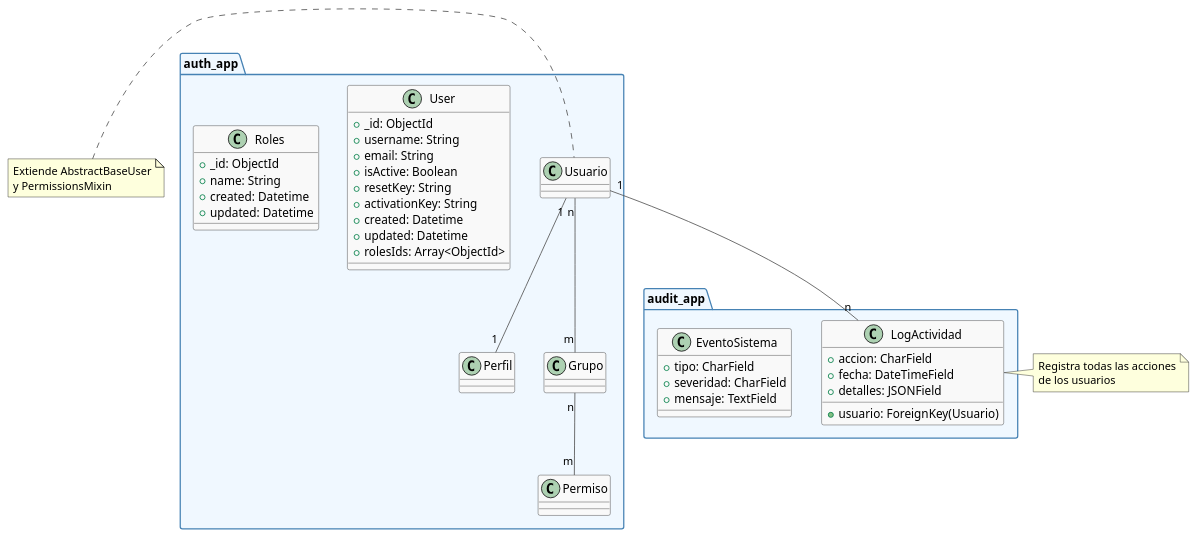
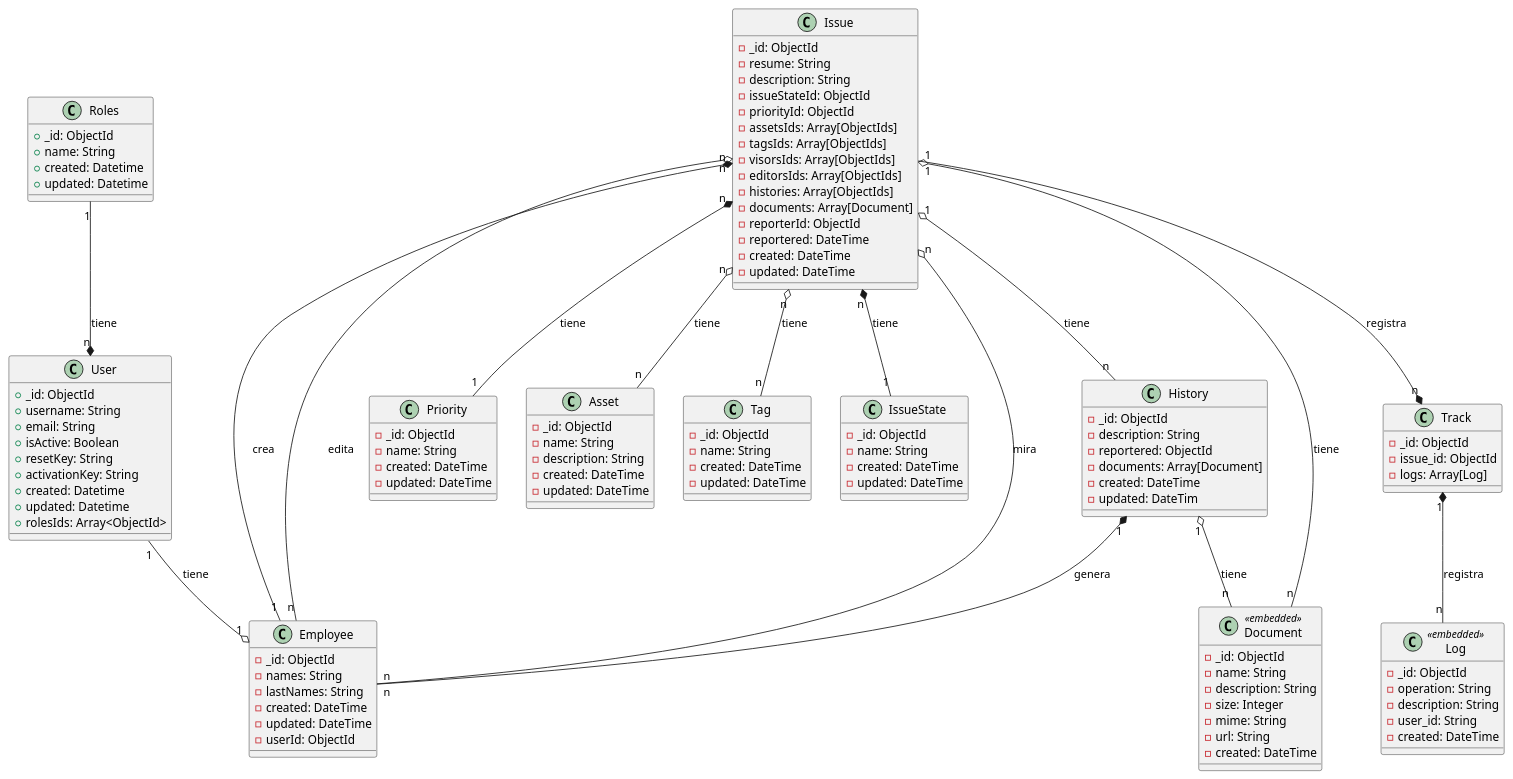
The diagram in docs/class diagram.puml (pepeul1191/django-mongodb-tickets), drawn with PlantUML before and after one commit. The commit also changed 3 other files, not shown here.

```diff
--- a/docs/class diagram.puml
+++ b/docs/class diagram.puml
@@ -1,69 +1,127 @@
-@startuml DiagramaClasesAdministracion
+@startuml
 
-' Configuración
-skinparam package {
-  BackgroundColor #F0F8FF
-  BorderColor #4682B4
-}
-skinparam class {
-  BackgroundColor #F9F9F9
-  BorderColor #333333
-  ArrowColor #555555
+class Employee {
+  - _id: ObjectId
+  - names: String
+  - lastNames: String
+  - created: DateTime
+  - updated: DateTime
+  - userId: ObjectId
 }
 
-' Paquete 1: Autenticación (auth_app)
-package "auth_app" {
-  class User {
-    + _id: ObjectId
-    + username: String
-    + email: String
-    + isActive: Boolean
-    + resetKey: String
-    + activationKey: String
-    + created: Datetime
-    + updated: Datetime
-    + rolesIds: Array<ObjectId>
-  }
-
-  class Roles {
-    + _id: ObjectId
-    + name: String
-    + created: Datetime
-    + updated: Datetime
-  }
+class Priority {
+  - _id: ObjectId
+  - name: String
+  - created: DateTime
+  - updated: DateTime
 }
 
-' Paquete 2: Auditoría (audit_app)
-package "audit_app" {
-    class LogActividad {
-    + usuario: ForeignKey(Usuario)
-    + accion: CharField
-    + fecha: DateTimeField
-    + detalles: JSONField
-    }
-
-    class EventoSistema {
-    + tipo: CharField
-    + severidad: CharField
-    + mensaje: TextField
-    }
+class Asset {
+  - _id: ObjectId
+  - name: String
+  - description: String
+  - created: DateTime
+  - updated: DateTime
 }
 
-' Relaciones entre paquetes
-auth_app.Usuario "1" -- "1" auth_app.Perfil
-auth_app.Usuario "n" -- "m" auth_app.Grupo
-auth_app.Grupo "n" -- "m" auth_app.Permiso
-auth_app.Usuario "1" -- "n" audit_app.LogActividad
+class Tag{
+  - _id: ObjectId
+  - name: String
+  - created: DateTime
+  - updated: DateTime
+}
 
-' Notas
-note left of auth_app.Usuario
-    Extiende AbstractBaseUser
-    y PermissionsMixin
-end note
+class IssueState {
+  - _id: ObjectId
+  - name: String
+  - created: DateTime
+  - updated: DateTime
+}
 
-note right of audit_app.LogActividad
-    Registra todas las acciones
-    de los usuarios
-end note
+class Issue {
+  - _id: ObjectId
+  - resume: String
+  - description: String
+  - issueStateId: ObjectId
+  - priorityId: ObjectId
+  - assetsIds: Array[ObjectIds]
+  - tagsIds: Array[ObjectIds]
+  - visorsIds: Array[ObjectIds]
+  - editorsIds: Array[ObjectIds]
+  - histories: Array[ObjectIds]
+  - documents: Array[Document]
+  - reporterId: ObjectId
+  - reportered: DateTime
+  - created: DateTime
+  - updated: DateTime
+}
+
+class History {
+  - _id: ObjectId
+  - description: String
+  - reportered: ObjectId
+  - documents: Array[Document]
+  - created: DateTime
+  - updated: DateTim
+}
+
+class Document <<embedded>>{
+  - _id: ObjectId
+  - name: String
+  - description: String
+  - size: Integer
+  - mime: String
+  - url: String
+  - created: DateTime
+}
+
+class Track {
+  - _id: ObjectId
+  - issue_id: ObjectId
+  - logs: Array[Log]
+}
+
+class Log <<embedded>>{
+  - _id: ObjectId
+  - operation: String
+  - description: String
+  - user_id: String
+  - created: DateTime
+}
+
+class User {
+  + _id: ObjectId
+  + username: String
+  + email: String
+  + isActive: Boolean
+  + resetKey: String
+  + activationKey: String
+  + created: Datetime
+  + updated: Datetime
+  + rolesIds: Array<ObjectId>
+}
+
+class Roles {
+  + _id: ObjectId
+  + name: String
+  + created: Datetime
+  + updated: Datetime
+}
+
+Issue "n" *-- "1" Employee : crea
+Issue "n" o-- "n" Employee : mira
+Issue "n" o-- "n" Employee : edita
+Issue "n" *-- "1" IssueState : tiene
+Issue "n" *-- "1" Priority : tiene
+Issue "n" o-- "n" Asset : tiene
+Issue "n" o-- "n" Tag : tiene
+Issue "1" o-- "n" History : tiene
+Issue "1" o-- "n" Document : tiene
+History "1" o-- "n" Document : tiene
+History "1" *-- "n" Employee : genera
+Track "1" *-- "n" Log : registra
+Issue "1" --* "n" Track : registra
+Roles "1" --* "n" User : tiene
+User "1" --o "1" Employee : tiene
 
 @enduml
```
